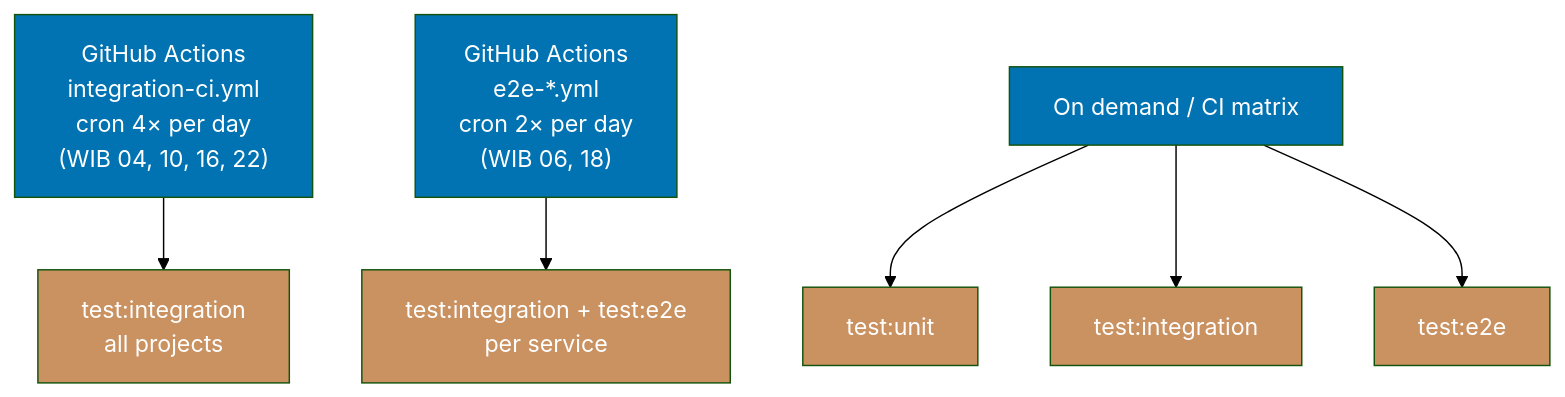
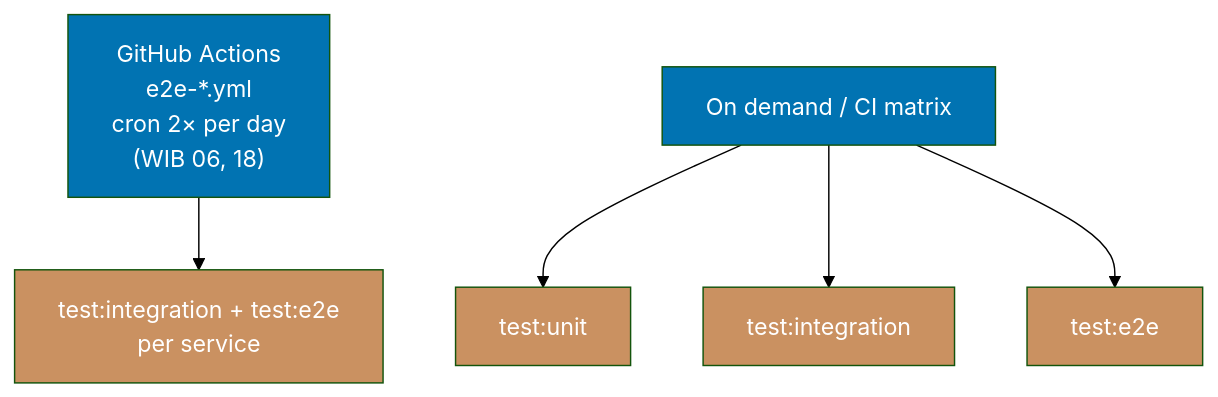
One commit to wahidyankf/open-sharia-enterprise changed the second of 2 diagrams in governance/development/infra/nx-targets.md. Above: the diagram before and after it, drawn with Mermaid (forest theme). The commit also changed other lines of this file and 35 other files, not shown here.

````diff
--- a/governance/development/infra/nx-targets.md
+++ b/governance/development/infra/nx-targets.md
@@ -62,18 +62,15 @@
 ```mermaid
 flowchart TD
-    H["GitHub Actions<br/>integration-ci.yml<br/>cron 4× per day<br/>(WIB 04, 10, 16, 22)"] --> I["test:integration<br/>all projects"]
     H2["GitHub Actions<br/>e2e-*.yml<br/>cron 2× per day<br/>(WIB 06, 18)"] --> I2["test:integration + test:e2e<br/>per service"]
 
     J[On demand / CI matrix] --> K[test:unit]
     J --> L[test:integration]
     J --> M[test:e2e]
 
-    style H fill:#0173B2,color:#fff
     style H2 fill:#0173B2,color:#fff
-    style I fill:#CA9161,color:#fff
     style I2 fill:#CA9161,color:#fff
     style J fill:#0173B2,color:#fff
     style K fill:#CA9161,color:#fff
     style L fill:#CA9161,color:#fff
     style M fill:#CA9161,color:#fff
 ```
````
